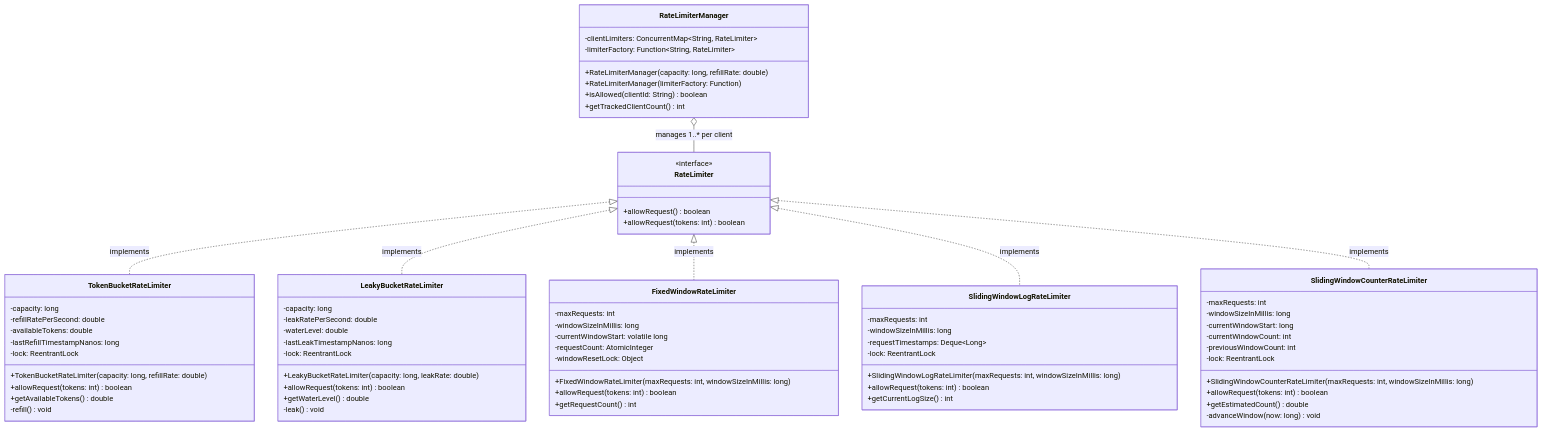
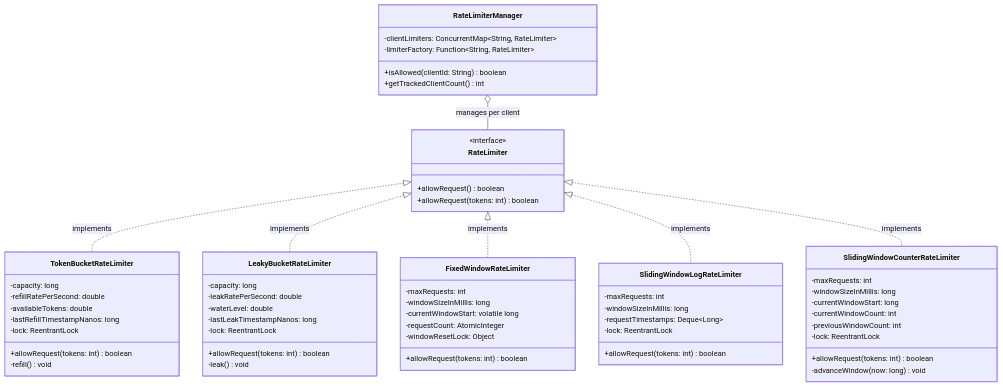
Before and after one commit to iam-ssrivastav/rate-limiter-lld: the second of 3 diagrams in README.md, drawn with Mermaid. The commit also changed other lines of this file, not shown here.

Commit message:
docs: overhaul README with architecture flowcharts, visual guides, and clean diagrams

````diff
--- a/README.md
+++ b/README.md
@@ -27,9 +70,7 @@
         -availableTokens: double
         -lastRefillTimestampNanos: long
         -lock: ReentrantLock
-        +TokenBucketRateLimiter(capacity: long, refillRate: double)
         +allowRequest(tokens: int) boolean
-        +getAvailableTokens() double
         -refill() void
     }
 
@@ -39,9 +80,7 @@
         -waterLevel: double
         -lastLeakTimestampNanos: long
         -lock: ReentrantLock
-        +LeakyBucketRateLimiter(capacity: long, leakRate: double)
         +allowRequest(tokens: int) boolean
-        +getWaterLevel() double
         -leak() void
     }
 
@@ -51,9 +90,7 @@
         -currentWindowStart: volatile long
         -requestCount: AtomicInteger
         -windowResetLock: Object
-        +FixedWindowRateLimiter(maxRequests: int, windowSizeInMillis: long)
         +allowRequest(tokens: int) boolean
-        +getRequestCount() int
     }
 
     class SlidingWindowLogRateLimiter {
@@ -61,9 +98,7 @@
         -windowSizeInMillis: long
         -requestTimestamps: Deque~Long~
         -lock: ReentrantLock
-        +SlidingWindowLogRateLimiter(maxRequests: int, windowSizeInMillis: long)
         +allowRequest(tokens: int) boolean
-        +getCurrentLogSize() int
     }
 
     class SlidingWindowCounterRateLimiter {
@@ -73,17 +108,13 @@
         -currentWindowCount: int
         -previousWindowCount: int
         -lock: ReentrantLock
-        +SlidingWindowCounterRateLimiter(maxRequests: int, windowSizeInMillis: long)
         +allowRequest(tokens: int) boolean
-        +getEstimatedCount() double
         -advanceWindow(now: long) void
     }
 
     class RateLimiterManager {
         -clientLimiters: ConcurrentMap~String, RateLimiter~
         -limiterFactory: Function~String, RateLimiter~
-        +RateLimiterManager(capacity: long, refillRate: double)
-        +RateLimiterManager(limiterFactory: Function)
         +isAllowed(clientId: String) boolean
         +getTrackedClientCount() int
     }
@@ -94,5 +125,5 @@
     RateLimiter <|.. SlidingWindowLogRateLimiter : implements
     RateLimiter <|.. SlidingWindowCounterRateLimiter : implements
 
-    RateLimiterManager o-- RateLimiter : manages 1..* per client
+    RateLimiterManager o-- RateLimiter : manages per client
 ```
````
